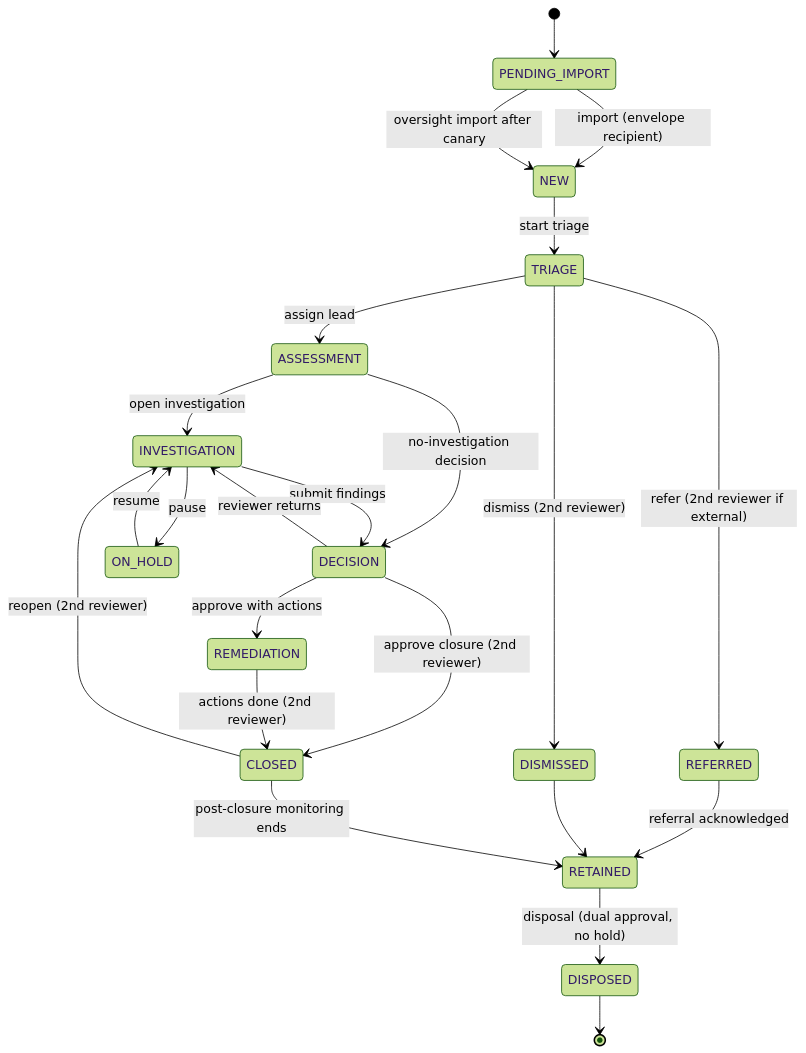
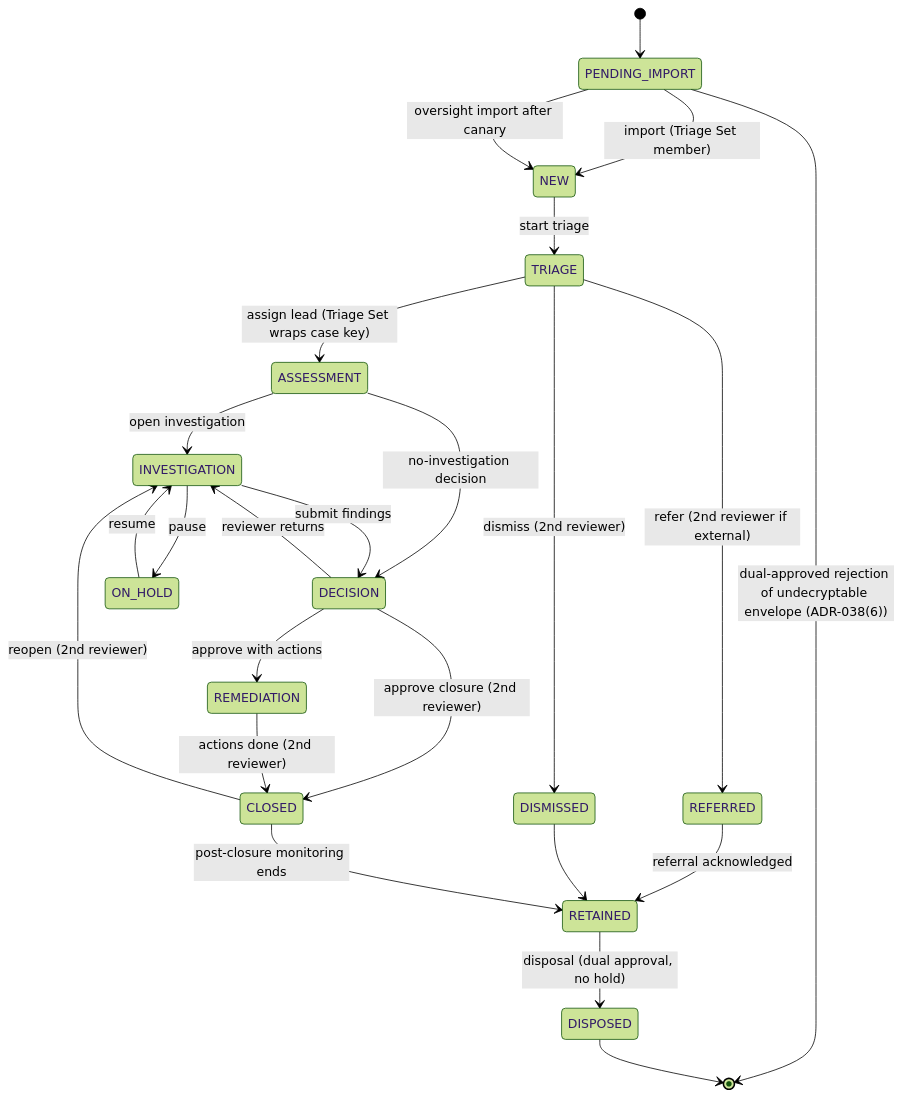
Before and after one commit to djshellshoxxx/leaks: the diagram in specs/14-CASE-MANAGEMENT.md, drawn with Mermaid (forest theme). The commit also changed other lines of this file and 24 other files, not shown here.

````diff
--- a/specs/14-CASE-MANAGEMENT.md
+++ b/specs/14-CASE-MANAGEMENT.md
@@ -62,25 +78,26 @@
 ```mermaid
 stateDiagram-v2
   [*] --> PENDING_IMPORT
-  PENDING_IMPORT --> NEW: import (envelope recipient)
+  PENDING_IMPORT --> NEW: import (Triage Set member)
   PENDING_IMPORT --> NEW: oversight import after canary
+  PENDING_IMPORT --> [*]: dual-approved rejection of undecryptable envelope (ADR-038(6))
   NEW --> TRIAGE: start triage
-  TRIAGE --> ASSESSMENT: assign lead
+  TRIAGE --> ASSESSMENT: assign lead (Triage Set wraps case key)
   TRIAGE --> DISMISSED: dismiss (2nd reviewer)
   TRIAGE --> REFERRED: refer (2nd reviewer if external)
   ASSESSMENT --> INVESTIGATION: open investigation
   ASSESSMENT --> DECISION: no-investigation decision
   INVESTIGATION --> ON_HOLD: pause
   ON_HOLD --> INVESTIGATION: resume
   INVESTIGATION --> DECISION: submit findings
   DECISION --> INVESTIGATION: reviewer returns
   DECISION --> REMEDIATION: approve with actions
   DECISION --> CLOSED: approve closure (2nd reviewer)
   REMEDIATION --> CLOSED: actions done (2nd reviewer)
   REFERRED --> RETAINED: referral acknowledged
   DISMISSED --> RETAINED
   CLOSED --> RETAINED: post-closure monitoring ends
   CLOSED --> INVESTIGATION: reopen (2nd reviewer)
   RETAINED --> DISPOSED: disposal (dual approval, no hold)
   DISPOSED --> [*]
 ```
````
